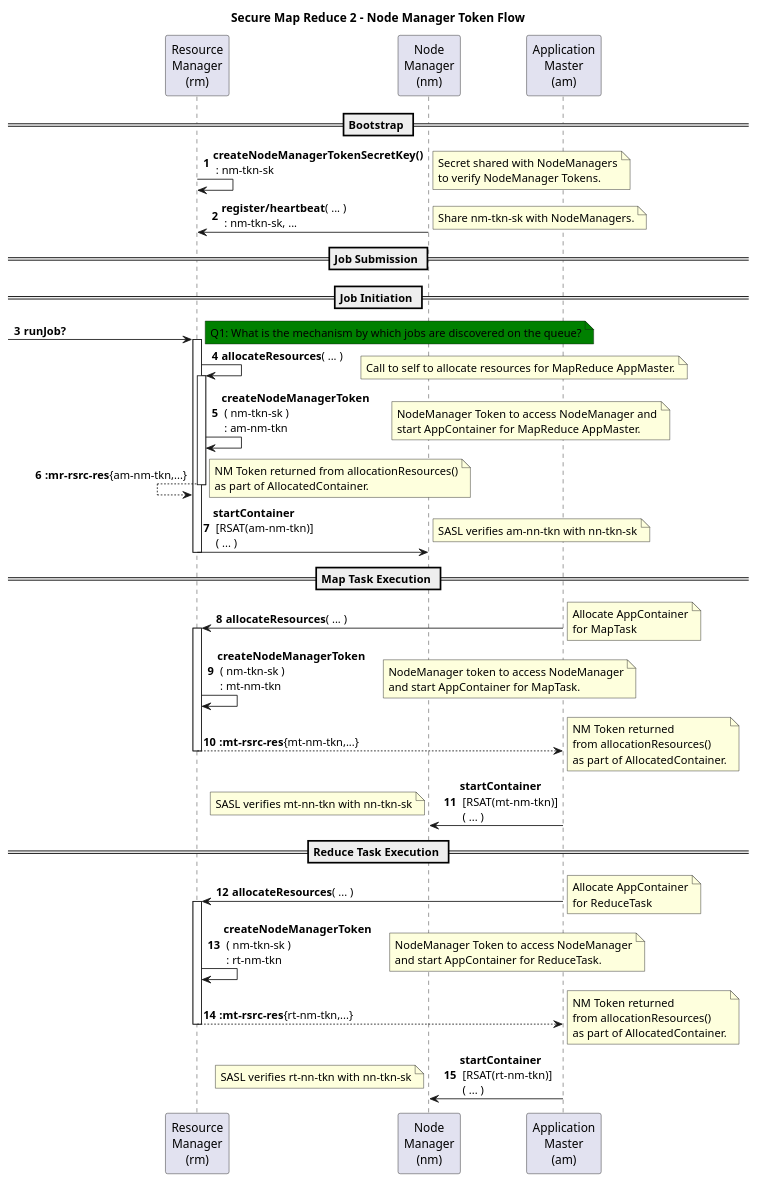
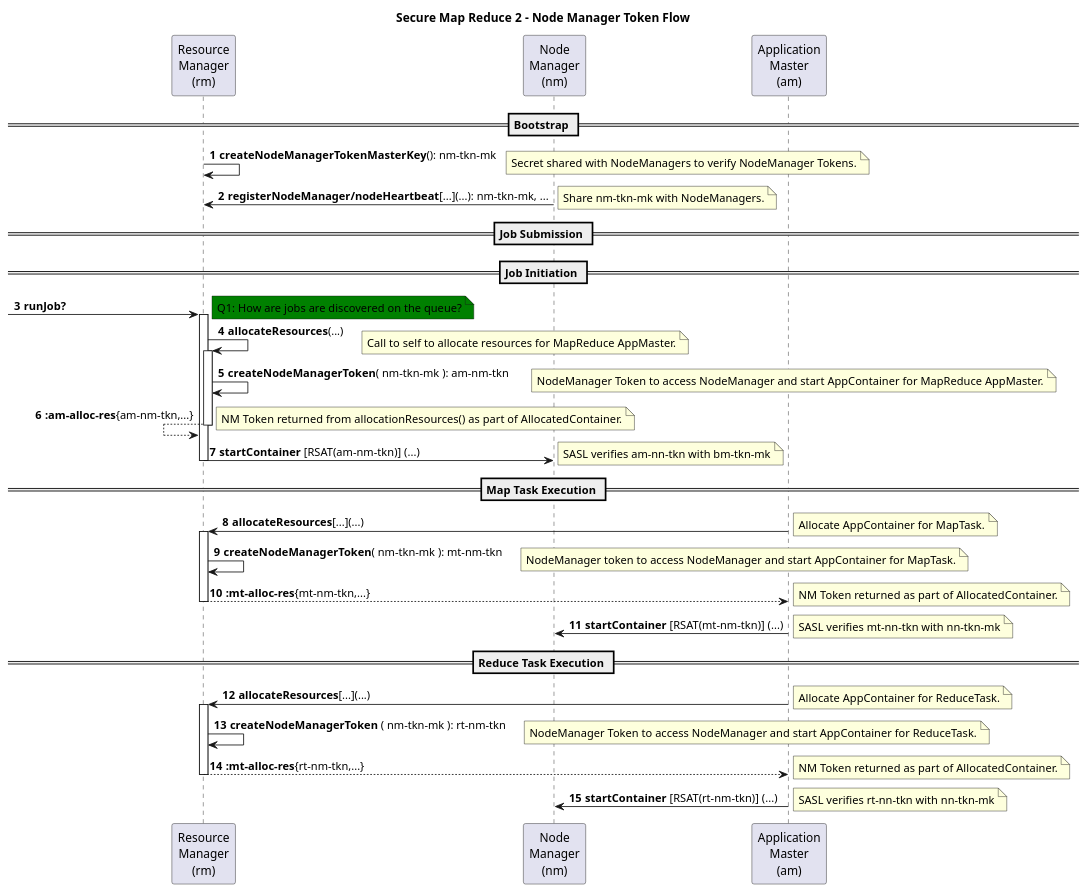
The diagram in hadoop/src/mr2/secure-mapreduce2-09-nm-tkn.puml (kminder/puml), drawn with PlantUML before and after one commit. The commit also changed 37 other files, not shown here.

Commit message:
Add 18-launching.puml and 19-sasl-token-auth

```diff
--- a/hadoop/src/mr2/secure-mapreduce2-09-nm-tkn.puml
+++ b/hadoop/src/mr2/secure-mapreduce2-09-nm-tkn.puml
@@ -1,100 +1,100 @@
 @startuml
 title Secure Map Reduce 2 - Node Manager Token Flow
 autonumber
 'hide footbox
 
 'participant "Client\n(c)" as C
 participant "Resource\nManager\n(rm)" as RM
 'participant "History\nServer\n(hs)" as HS
 participant "Node\nManager\n(nm)" as NM
-'participant "Shuffle\nService\n(ss)" as SS
+'participant "Shuffle\nHandler\n(ss)" as SS
 participant "Application\nMaster\n(am)" as AM
 'participant "Client\nService\n(cs)" as CS
 'participant "Application\nContainer\n(ac)" as AC #red
 'participant "Task\n(t)" as T #orange
 'participant "File\nSystem\n(fs)" as FS
 'participant "Name\nNode\n(nn)" as NN
 'participant "Data\nNode\n(dn)" as DN
 'participant "Kerberos\nKDC" as KDC
 
 'note over C,KDC #green: QUESTION ?
 
 == Bootstrap ==
 
 '1
-RM->RM:<b>createNodeManagerTokenSecretKey()\n : nm-tkn-sk
-  note right: Secret shared with NodeManagers\nto verify NodeManager Tokens.
+RM->RM:<b>createNodeManagerTokenMasterKey</b>(): nm-tkn-mk
+  note right: Secret shared with NodeManagers to verify NodeManager Tokens.
 
 '2
-NM->RM:<b>register/heartbeat</b>( ... )\n : nm-tkn-sk, ...
-  note right: Share nm-tkn-sk with NodeManagers.
+NM->RM:<b>registerNodeManager/nodeHeartbeat</b>[...](...): nm-tkn-mk, ...
+  note right: Share nm-tkn-mk with NodeManagers.
 
 == Job Submission ==
 
 == Job Initiation ==
 
 '3
 [->RM: <b>runJob?
-  note right #green: Q1: What is the mechanism by which jobs are discovered on the queue?
+  note right #green: Q1: How are jobs are discovered on the queue?
   activate RM
 
 '4
-RM->RM: <b>allocateResources</b>( ... )
+RM->RM: <b>allocateResources</b>(...)
   note right: Call to self to allocate resources for MapReduce AppMaster.
   activate RM
 
 '5
-RM->RM: <b>createNodeManagerToken\n ( nm-tkn-sk )\n : am-nm-tkn
-  note right: NodeManager Token to access NodeManager and\nstart AppContainer for MapReduce AppMaster.
+RM->RM: <b>createNodeManagerToken</b>( nm-tkn-mk ): am-nm-tkn
+  note right: NodeManager Token to access NodeManager and start AppContainer for MapReduce AppMaster.
 
 '6
-RM<--RM: <b>:mr-rsrc-res</b>{am-nm-tkn,...}
-  note right: NM Token returned from allocationResources()\nas part of AllocatedContainer.
+RM<--RM: <b>:am-alloc-res</b>{am-nm-tkn,...}
+  note right: NM Token returned from allocationResources() as part of AllocatedContainer.
   deactivate RM
 
 '7
-RM->NM: <b>startContainer\n [RSAT(am-nm-tkn)]\n ( ... )
-  note right: SASL verifies am-nn-tkn with nn-tkn-sk
+RM->NM: <b>startContainer</b> [RSAT(am-nm-tkn)] (...)
+  note right: SASL verifies am-nn-tkn with bm-tkn-mk
   deactivate RM
 
 == Map Task Execution ==
 
 '8
-AM->RM: <b>allocateResources</b>( ... )
-  note right: Allocate AppContainer\nfor MapTask
+AM->RM: <b>allocateResources</b>[...](...)
+  note right: Allocate AppContainer for MapTask.
   activate RM
 
 '9
-RM->RM: <b>createNodeManagerToken\n ( nm-tkn-sk )\n : mt-nm-tkn
-  note right: NodeManager token to access NodeManager\nand start AppContainer for MapTask.
+RM->RM: <b>createNodeManagerToken</b>( nm-tkn-mk ): mt-nm-tkn
+  note right: NodeManager token to access NodeManager and start AppContainer for MapTask.
 
 '10
-AM<--RM: <b>:mt-rsrc-res</b>{mt-nm-tkn,...}
-  note right: NM Token returned\nfrom allocationResources()\nas part of AllocatedContainer.
+AM<--RM: <b>:mt-alloc-res</b>{mt-nm-tkn,...}
+  note right: NM Token returned as part of AllocatedContainer.
   deactivate RM
 
 '11
-AM->NM: <b>startContainer\n [RSAT(mt-nm-tkn)]\n ( ... )
-  note left: SASL verifies mt-nn-tkn with nn-tkn-sk
+AM->NM: <b>startContainer</b> [RSAT(mt-nm-tkn)] (...)
+  note right: SASL verifies mt-nn-tkn with nn-tkn-mk
 
 == Reduce Task Execution ==
 
 '12
-AM->RM: <b>allocateResources</b>( ... )
-  note right: Allocate AppContainer\nfor ReduceTask
+AM->RM: <b>allocateResources</b>[...](...)
+  note right: Allocate AppContainer for ReduceTask.
   activate RM
 
 '13
-RM->RM: <b>createNodeManagerToken\n ( nm-tkn-sk )\n : rt-nm-tkn
-  note right: NodeManager Token to access NodeManager\nand start AppContainer for ReduceTask.
+RM->RM: <b>createNodeManagerToken</b> ( nm-tkn-mk ): rt-nm-tkn
+  note right: NodeManager Token to access NodeManager and start AppContainer for ReduceTask.
 
 '14
-AM<--RM: <b>:mt-rsrc-res</b>{rt-nm-tkn,...}
-  note right: NM Token returned\nfrom allocationResources()\nas part of AllocatedContainer.
+AM<--RM: <b>:mt-alloc-res</b>{rt-nm-tkn,...}
+  note right: NM Token returned as part of AllocatedContainer.
   deactivate RM
 
 '15
-AM->NM: <b>startContainer\n [RSAT(rt-nm-tkn)]\n ( ... )
-  note left: SASL verifies rt-nn-tkn with nn-tkn-sk
+AM->NM: <b>startContainer</b> [RSAT(rt-nm-tkn)] (...)
+  note right: SASL verifies rt-nn-tkn with nn-tkn-mk
 
-@enduml                                                                                      
+@enduml
```
